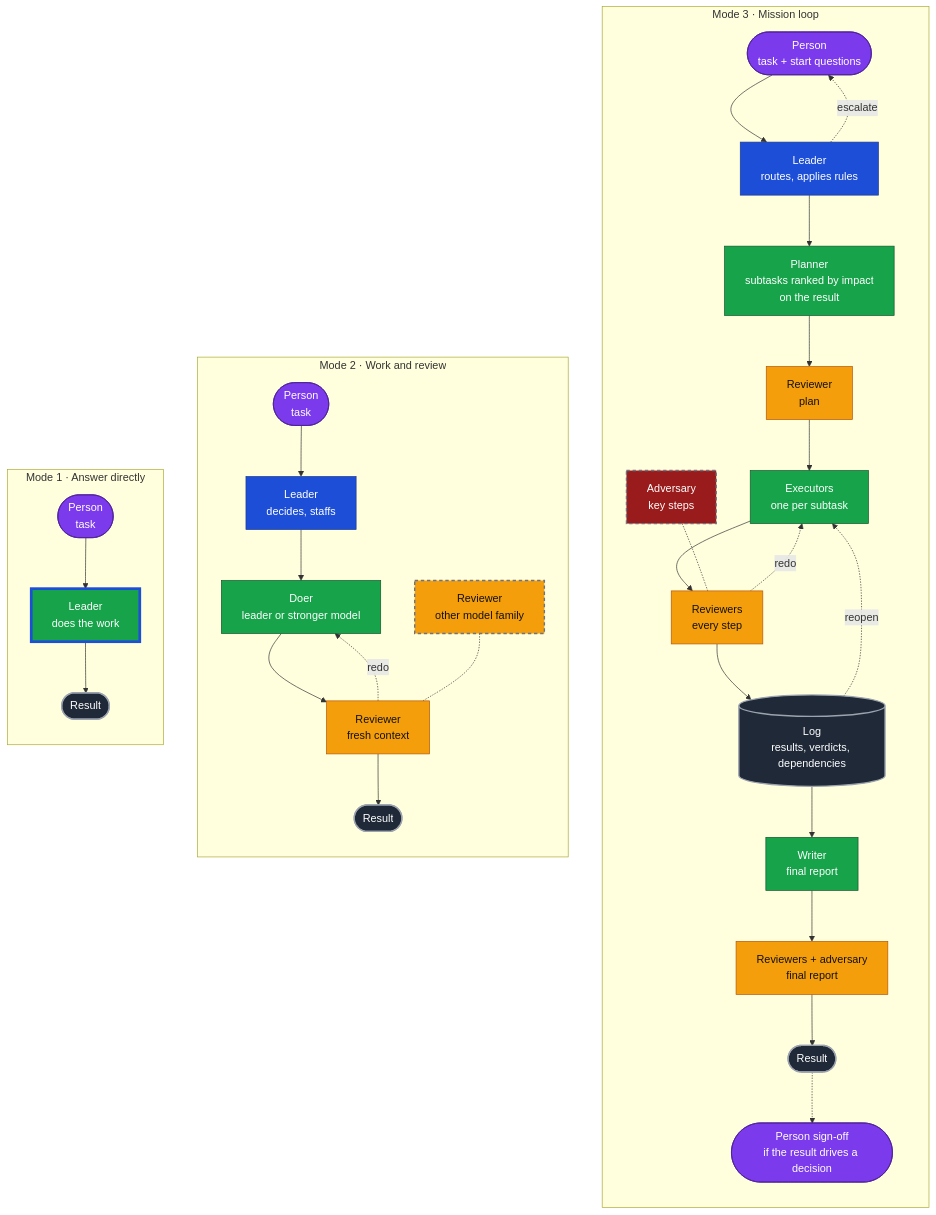
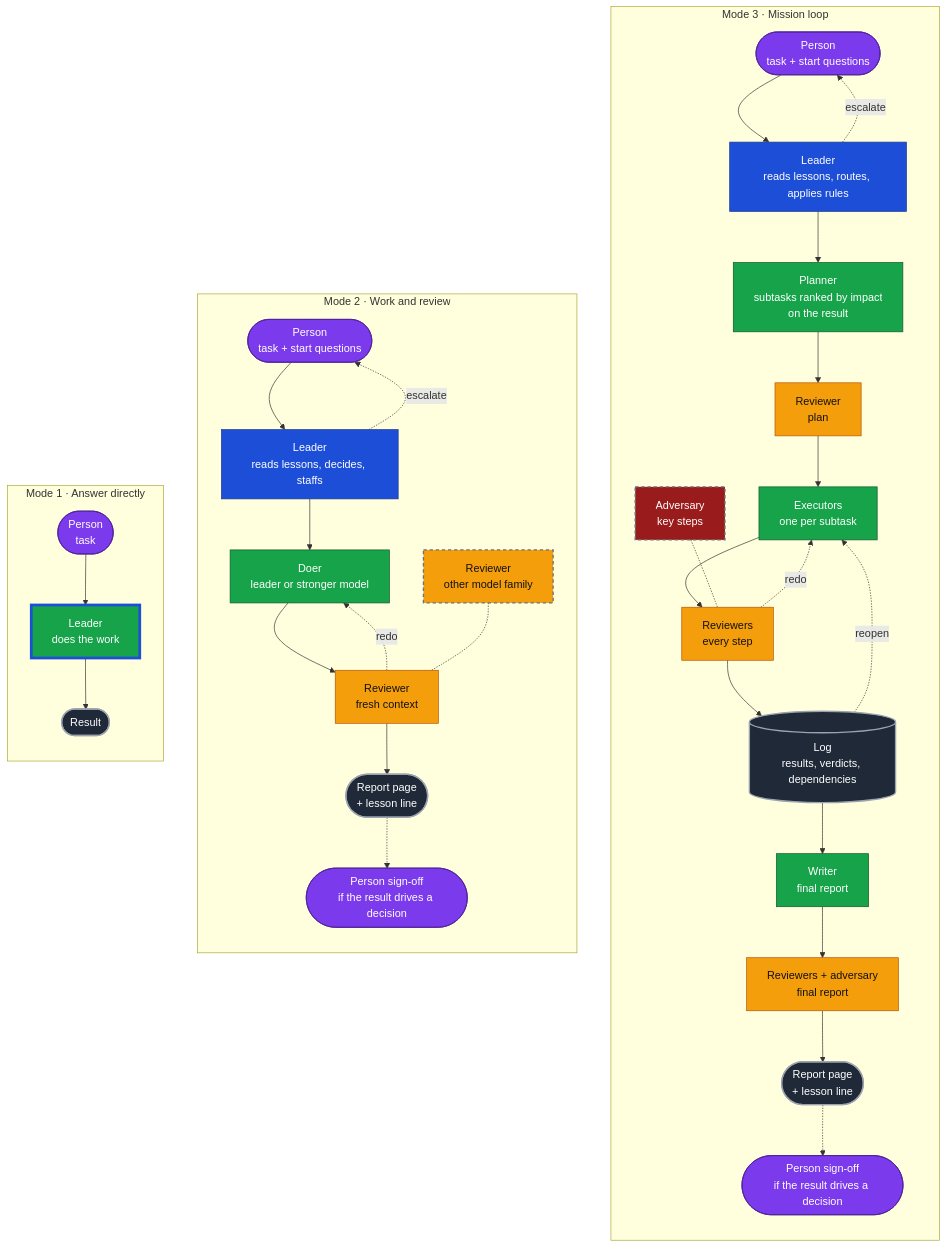
Before and after one commit to keyhell/mission-leader: the diagram in README.md, drawn with Mermaid.

Commit message:
README diagram: report page, lessons, sign-off and escalation in mode 2
Claude-Session: https://claude.ai/code/session_016DfjVixe7WTyZeDqqUM2Y7

````diff
--- a/README.md
+++ b/README.md
@@ -16,41 +16,42 @@
 ```mermaid
 flowchart LR
   subgraph M1["Mode 1 · Answer directly"]
     direction TB
     P1(["Person<br/>task"]) --> L1["Leader<br/>does the work"] --> R1(["Result"])
   end
   subgraph M2["Mode 2 · Work and review"]
     direction TB
-    P2(["Person<br/>task"]) --> L2["Leader<br/>decides, staffs"] --> D2["Doer<br/>leader or stronger model"] --> V2["Reviewer<br/>fresh context"] --> R2(["Result"])
+    P2(["Person<br/>task + start questions"]) --> L2["Leader<br/>reads lessons, decides, staffs"] --> D2["Doer<br/>leader or stronger model"] --> V2["Reviewer<br/>fresh context"] --> R2(["Report page<br/>+ lesson line"]) -.-> S2(["Person sign-off<br/>if the result drives a decision"])
     V2 -. redo .-> D2
     O2["Reviewer<br/>other model family"] -.- V2
+    L2 -. escalate .-> P2
   end
   subgraph M3["Mode 3 · Mission loop"]
     direction TB
-    P3(["Person<br/>task + start questions"]) --> L3["Leader<br/>routes, applies rules"] --> PL["Planner<br/>subtasks ranked by impact<br/>on the result"] --> VP["Reviewer<br/>plan"]
+    P3(["Person<br/>task + start questions"]) --> L3["Leader<br/>reads lessons, routes, applies rules"] --> PL["Planner<br/>subtasks ranked by impact<br/>on the result"] --> VP["Reviewer<br/>plan"]
     VP --> EX["Executors<br/>one per subtask"] --> VE["Reviewers<br/>every step"] --> LOG[("Log<br/>results, verdicts, dependencies")]
     VE -. redo .-> EX
     LOG -. reopen .-> EX
     A3["Adversary<br/>key steps"] -.- VE
-    LOG --> W["Writer<br/>final report"] --> VF["Reviewers + adversary<br/>final report"] --> R3(["Result"]) -.-> S3(["Person sign-off<br/>if the result drives a decision"])
+    LOG --> W["Writer<br/>final report"] --> VF["Reviewers + adversary<br/>final report"] --> R3(["Report page<br/>+ lesson line"]) -.-> S3(["Person sign-off<br/>if the result drives a decision"])
     L3 -. escalate .-> P3
   end
   M1 ~~~ M2 ~~~ M3
   classDef leader fill:#1d4ed8,stroke:#1e3a8a,color:#ffffff
   classDef doer fill:#16a34a,stroke:#14532d,color:#ffffff
   classDef leaderdoer fill:#16a34a,stroke:#1d4ed8,stroke-width:4px,color:#ffffff
   classDef reviewer fill:#f59e0b,stroke:#b45309,color:#111111
   classDef adversary fill:#991b1b,stroke:#450a0a,color:#ffffff
   classDef person fill:#7c3aed,stroke:#4c1d95,color:#ffffff
   classDef infra fill:#1f2937,stroke:#9ca3af,stroke-width:2px,color:#ffffff
   classDef optional fill:#f59e0b,stroke:#6b7280,stroke-width:2px,stroke-dasharray:5 4,color:#111111
   classDef optadv fill:#991b1b,stroke:#6b7280,stroke-width:2px,stroke-dasharray:5 4,color:#ffffff
   class L2,L3 leader
   class L1 leaderdoer
   class D2,PL,EX,W doer
   class V2,VP,VE,VF reviewer
-  class P1,P2,P3,S3 person
+  class P1,P2,P3,S2,S3 person
   class R1,R2,R3,LOG infra
   class O2 optional
   class A3 optadv
 ```
````
